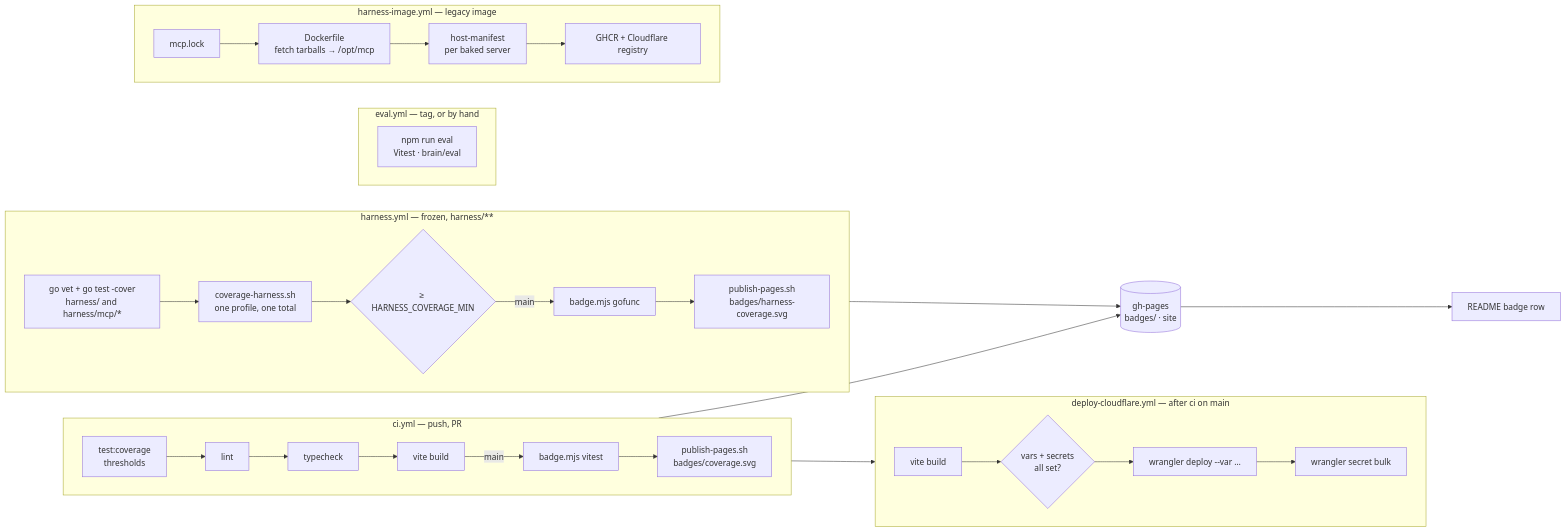
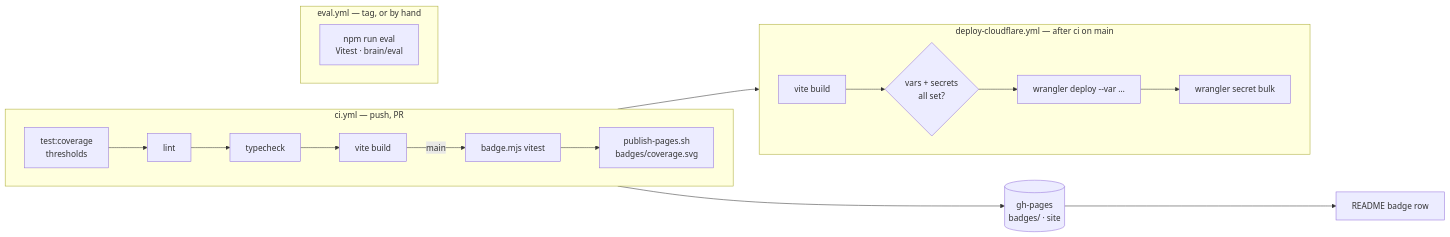
One commit to shotah/gantree2 changed the tenth of 11 diagrams in docs/architecture.md. Above: the diagram before and after it, drawn with Mermaid. The commit also changed other lines of this file and 115 other files, not shown here.

````diff
--- a/docs/architecture.md
+++ b/docs/architecture.md
@@ -382,28 +363,19 @@
 ```mermaid
 flowchart LR
   subgraph ci["ci.yml — push, PR"]
     direction LR
     T[test:coverage<br/>thresholds] --> LNT[lint] --> TC[typecheck] --> BLD[vite build]
     BLD -- main --> BADGE[badge.mjs vitest] --> PUB1[publish-pages.sh<br/>badges/coverage.svg]
-  end
-  subgraph hz["harness.yml — frozen, harness/**"]
-    direction LR
-    GT["go vet + go test -cover<br/>harness/ and harness/mcp/*"] --> MERGE[coverage-harness.sh<br/>one profile, one total] --> MIN{≥ HARNESS_COVERAGE_MIN}
-    MIN -- main --> BADGE2[badge.mjs gofunc] --> PUB2[publish-pages.sh<br/>badges/harness-coverage.svg]
   end
   subgraph ev["eval.yml — tag, or by hand"]
     direction LR
     EV["npm run eval<br/>Vitest · brain/eval"]
   end
   subgraph dep["deploy-cloudflare.yml — after ci on main"]
     direction LR
     V[vite build] --> CHK{vars + secrets<br/>all set?} --> WD[wrangler deploy --var …] --> SB[wrangler secret bulk]
   end
-  subgraph img["harness-image.yml — legacy image"]
-    direction LR
-    LOCK[mcp.lock] --> DOCK[Dockerfile<br/>fetch tarballs → /opt/mcp] --> MAN[host-manifest<br/>per baked server] --> REG[GHCR + Cloudflare registry]
-  end
   ci --> dep
-  PUB1 & PUB2 --> GH[("gh-pages<br/>badges/ · site")]
+  PUB1 --> GH[("gh-pages<br/>badges/ · site")]
   GH --> README[README badge row]
 ```
````
